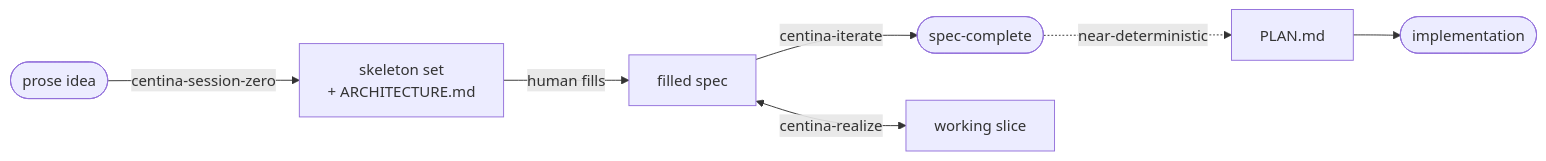
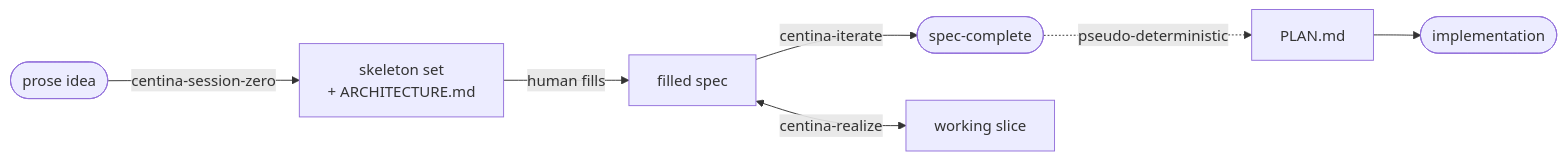
Before and after one commit to adamtwede/centina: the first of 2 diagrams in docs/using-it.md, drawn with Mermaid. The commit also changed other lines of this file, not shown here.

````diff
--- a/docs/using-it.md
+++ b/docs/using-it.md
@@ -29,8 +29,8 @@
 ```mermaid
 flowchart LR
   prose(["prose idea"]) -->|centina-session-zero| skel["skeleton set<br/>+ ARCHITECTURE.md"]
   skel -->|human fills| filled["filled spec"]
   filled -->|centina-iterate| clean(["spec-complete"])
   filled <-->|centina-realize| slice["working slice"]
-  clean -. near-deterministic .-> plan["PLAN.md"] --> impl(["implementation"])
+  clean -. pseudo-deterministic .-> plan["PLAN.md"] --> impl(["implementation"])
 ```
````
